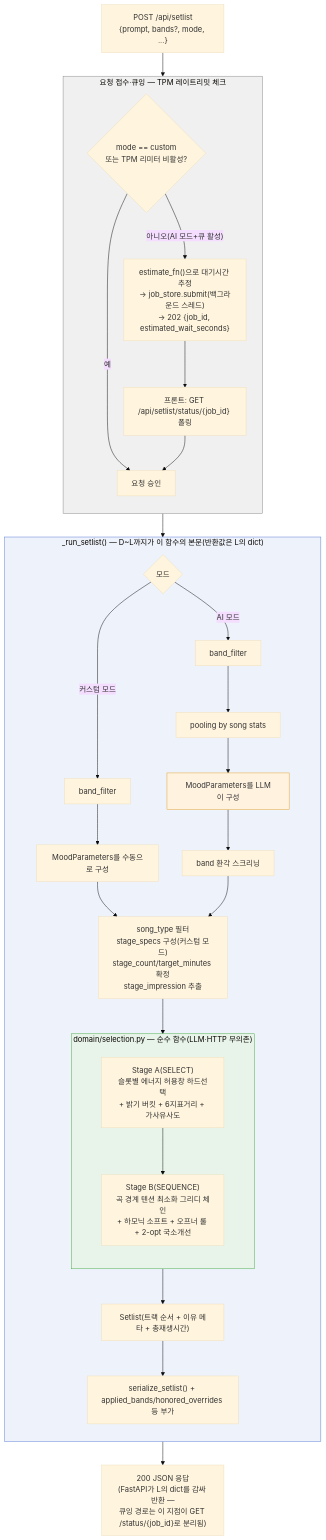
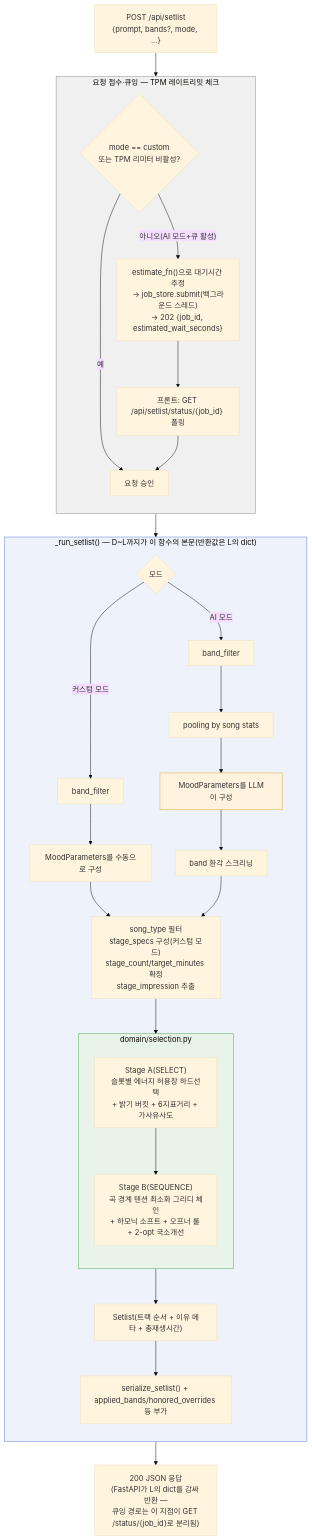
The first of 2 diagrams in archive/version/v2/01-prompt-to-playlist-flow.md (sbb2002/bandori-playlist-maker), drawn with Mermaid (base theme) before and after one commit.

Commit message:
docs(v2-flow): SEL 서브그래프 라벨을 'domain/selection.py'로 축약

````diff
--- a/archive/version/v2/01-prompt-to-playlist-flow.md
+++ b/archive/version/v2/01-prompt-to-playlist-flow.md
@@ -14,44 +14,44 @@
 ```mermaid
 flowchart TD
     A["POST /api/setlist<br/>{prompt, bands?, mode, ...}"] --> B
 
     subgraph INTAKE["요청 접수·큐잉 — TPM 레이트리밋 체크"]
         direction TB
         B{"mode == custom<br/>또는 TPM 리미터 비활성?"}
         B -- "예" --> APPROVE["요청 승인"]
         B -- "아니오(AI 모드+큐 활성)" --> Q["estimate_fn()으로 대기시간 추정<br/>→ job_store.submit(백그라운드 스레드)<br/>→ 202 {job_id, estimated_wait_seconds}"]
         Q --> QP["프론트: GET /api/setlist/status/{job_id} 폴링"]
         QP --> APPROVE
     end
 
     APPROVE --> RUN
 
     subgraph RUN["_run_setlist() — D~L까지가 이 함수의 본문(반환값은 L의 dict)"]
         direction TB
         E{"모드"}
         E -- "커스텀 모드" --> D1["band_filter"]
         D1 --> E1["MoodParameters를 수동으로 구성"]
         E -- "AI 모드" --> D2["band_filter"]
         D2 --> E2["pooling by song stats"]
         E2 --> LLM["MoodParameters를 LLM이 구성"]
         LLM --> G["band 환각 스크리닝"]
         E1 --> H
         G --> H["song_type 필터<br/>stage_specs 구성(커스텀 모드)<br/>stage_count/target_minutes 확정<br/>stage_impression 추출"]
         H --> SEL
 
-        subgraph SEL["domain/selection.py — 순수 함수(LLM·HTTP 무의존)"]
+        subgraph SEL["domain/selection.py"]
             direction TB
             SA["Stage A(SELECT)<br/>슬롯별 에너지 허용창 하드선택<br/>+ 밝기 버킷 + 6지표거리 + 가사유사도"]
             SA --> SB["Stage B(SEQUENCE)<br/>곡 경계 텐션 최소화 그리디 체인<br/>+ 하모닉 소프트 + 오프너 룰 + 2-opt 국소개선"]
         end
         SEL --> K["Setlist(트랙 순서 + 이유 메타 + 총재생시간)"]
         K --> L["serialize_setlist() + applied_bands/honored_overrides 등 부가"]
     end
 
     RUN --> M["200 JSON 응답<br/>(FastAPI가 L의 dict를 감싸 반환 —<br/>큐잉 경로는 이 지점이 GET /status/{job_id}로 분리됨)"]
 
     style INTAKE fill:#f0f0f0,stroke:#888
     style RUN fill:#eef2fb,stroke:#5a7bd6
     style LLM fill:#fff3e0,stroke:#e0a030
     style SEL fill:#e8f4ea,stroke:#4a4
 ```
````
